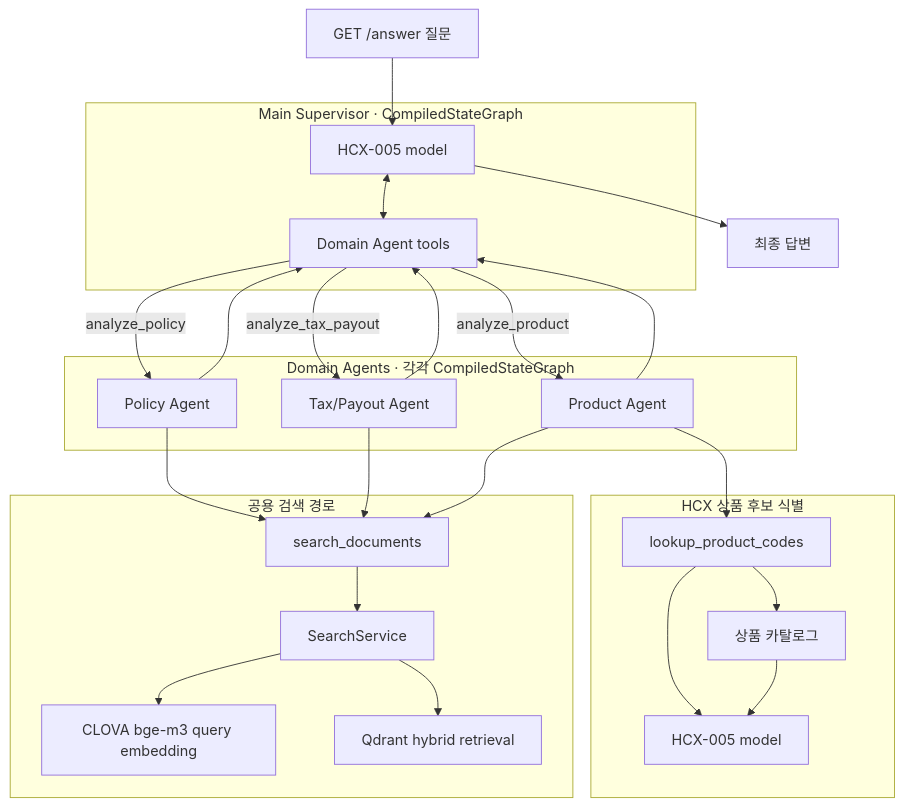
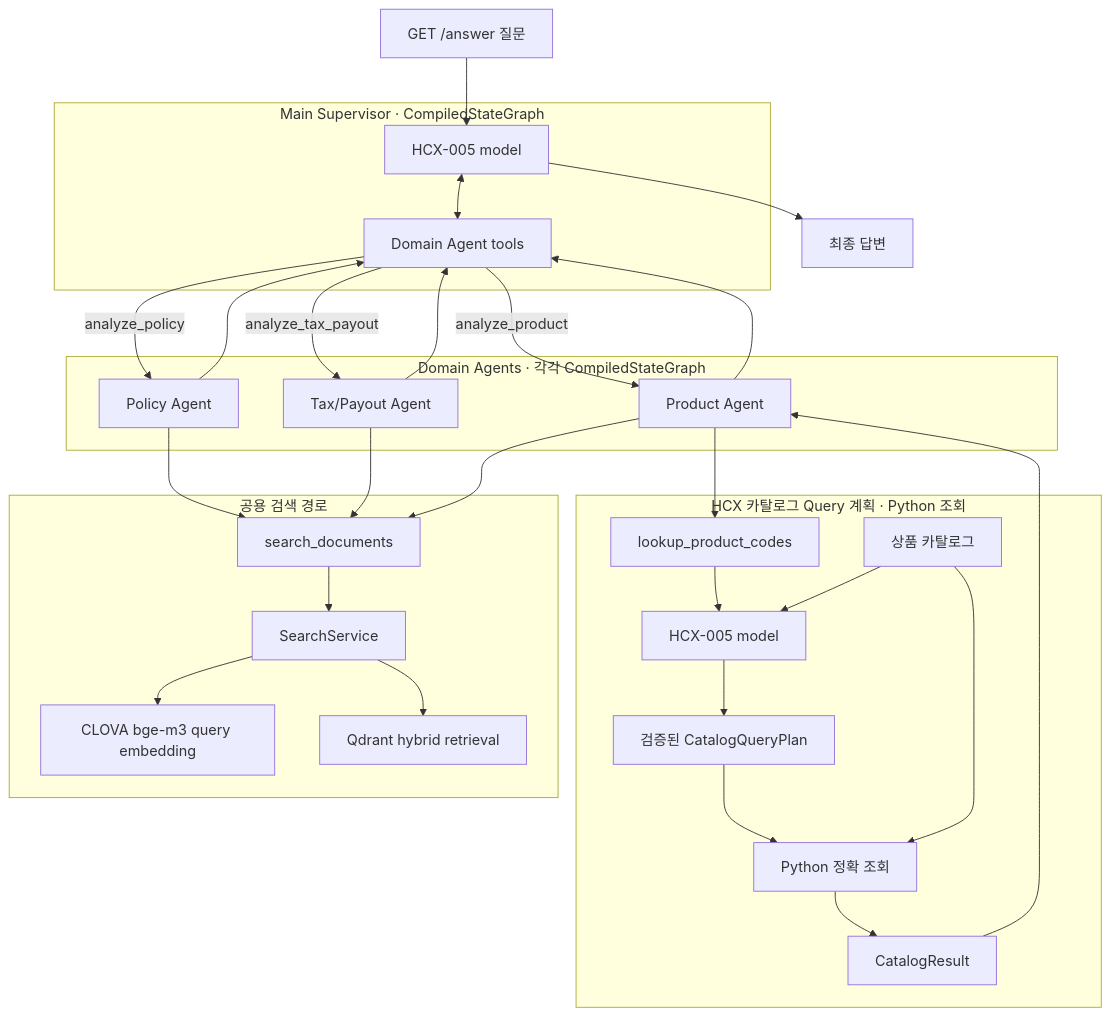
The first of 5 diagrams in docs/architecture/agent-graphs.md (nayeon653/-ace3), drawn with Mermaid before and after one commit. The commit also changed 5 other files, not shown here.

Commit message:
docs(product): 카탈로그 조회 흐름과 예시 추가

````diff
--- a/docs/architecture/agent-graphs.md
+++ b/docs/architecture/agent-graphs.md
@@ -14,40 +14,44 @@
 ```mermaid
 flowchart TB
     question["GET /answer 질문"] --> supervisor
 
     subgraph main["Main Supervisor · CompiledStateGraph"]
         supervisor["HCX-005 model"] <--> domain_tools["Domain Agent tools"]
     end
 
     domain_tools -->|analyze_policy| domain_policy
     domain_tools -->|analyze_tax_payout| domain_tax_payout
     domain_tools -->|analyze_product| domain_product
 
     subgraph domains["Domain Agents · 각각 CompiledStateGraph"]
         domain_policy["Policy Agent"]
         domain_tax_payout["Tax/Payout Agent"]
         domain_product["Product Agent"]
     end
 
     domain_policy --> domain_tools
     domain_policy --> search_tools
     domain_tax_payout --> domain_tools
     domain_tax_payout --> search_tools
     domain_product --> domain_tools
     domain_product --> search_tools
 
-    subgraph catalog["HCX 상품 후보 식별"]
+    subgraph catalog["HCX 카탈로그 Query 계획 · Python 조회"]
         catalog_lookup["lookup_product_codes"] --> catalog_hcx["HCX-005 model"]
         product_catalog["상품 카탈로그"] --> catalog_hcx
+        catalog_hcx --> catalog_query["검증된 CatalogQueryPlan"]
+        catalog_query --> catalog_execute["Python 정확 조회"]
+        product_catalog --> catalog_execute
+        catalog_execute --> catalog_result["CatalogResult"]
     end
     domain_product --> catalog_lookup
-    catalog_lookup --> product_catalog
+    catalog_result --> domain_product
 
     subgraph search["공용 검색 경로"]
         search_tools["search_documents"] --> search_service["SearchService"]
         search_service --> embedding["CLOVA bge-m3 query embedding"]
         search_service --> qdrant["Qdrant hybrid retrieval"]
     end
 
     supervisor --> answer["최종 답변"]
 ```
````
